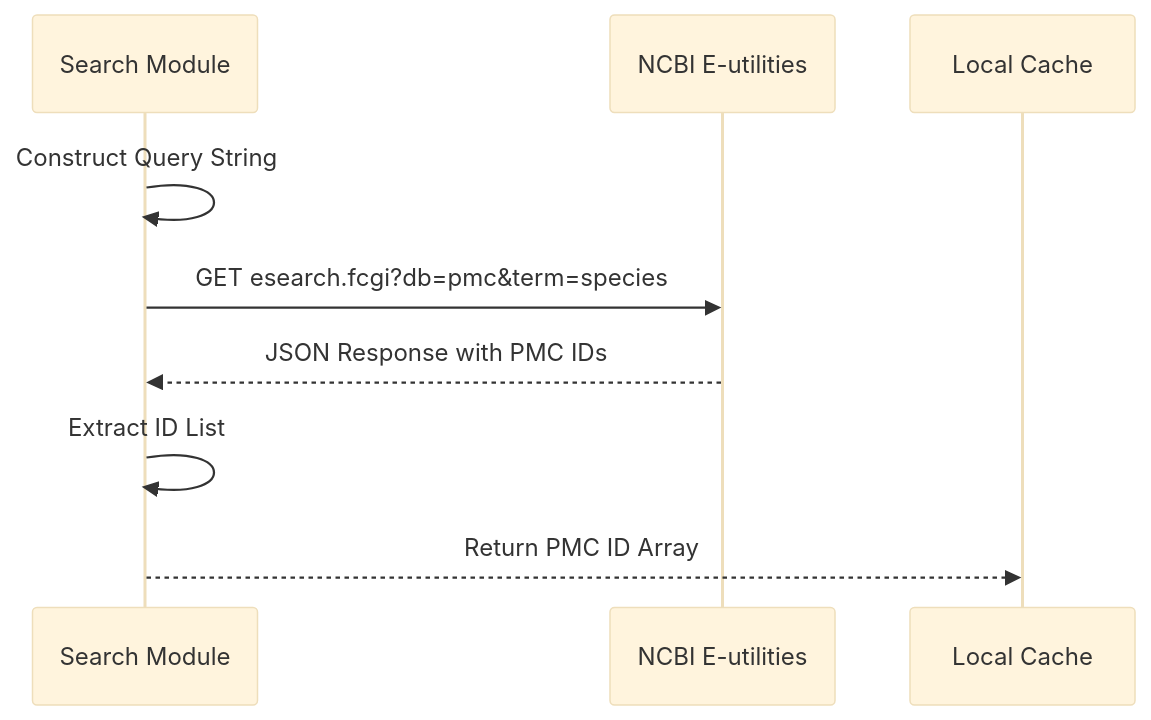
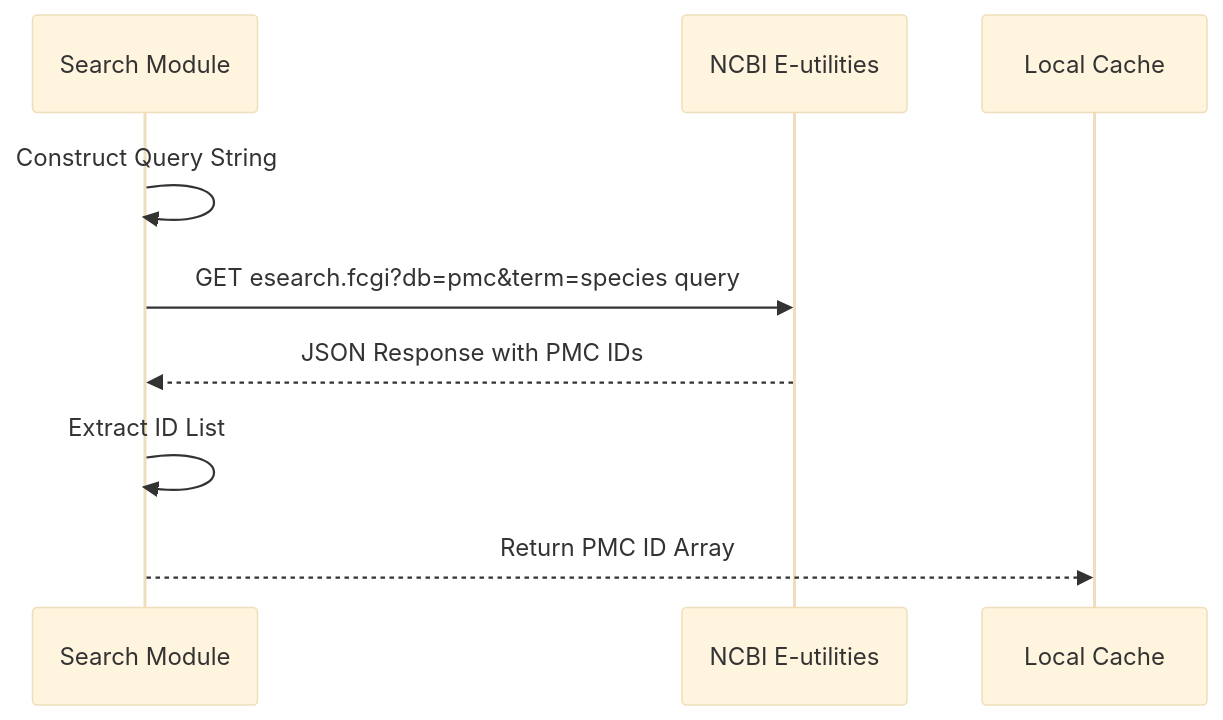
One commit to AlexJSully/Publication-Figure-Retrieval changed the third of 10 diagrams in docs/architecture/index.md. Above: the diagram before and after it, drawn with Mermaid (base theme). The commit also changed other lines of this file and 28 other files, not shown here.

````diff
--- a/docs/architecture/index.md
+++ b/docs/architecture/index.md
@@ -104,15 +107,15 @@
 ```mermaid
 sequenceDiagram
     accTitle: Search Module Request Sequence
-    accDescr: The search module constructs a query string and sends a GET request to the NCBI esearch endpoint with the PMC database and species term. The API returns a JSON response containing PMC IDs. The module extracts the ID list and returns the PMC ID array to the caller.
+    accDescr: The search module constructs a query string of the species organism term limited by the open_access or author_manuscript filters, and sends a GET request to the NCBI esearch endpoint with the PMC database and that term. The API returns a JSON response containing PMC IDs. The module extracts the ID list and returns the PMC ID array to the caller.
 
     participant SM as Search Module
     participant API as NCBI E-utilities
     participant Cache as Local Cache
 
     SM->>SM: Construct Query String
-    SM->>API: GET esearch.fcgi?db=pmc&term=species
+    SM->>API: GET esearch.fcgi?db=pmc&term=species query
     API-->>SM: JSON Response with PMC IDs
     SM->>SM: Extract ID List
     SM-->>Cache: Return PMC ID Array
 ```
````
